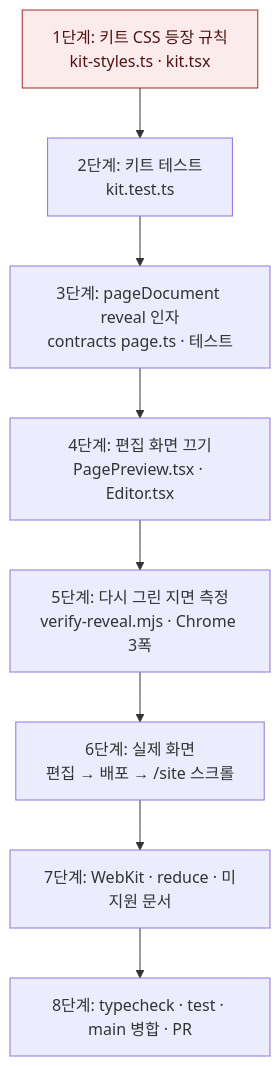
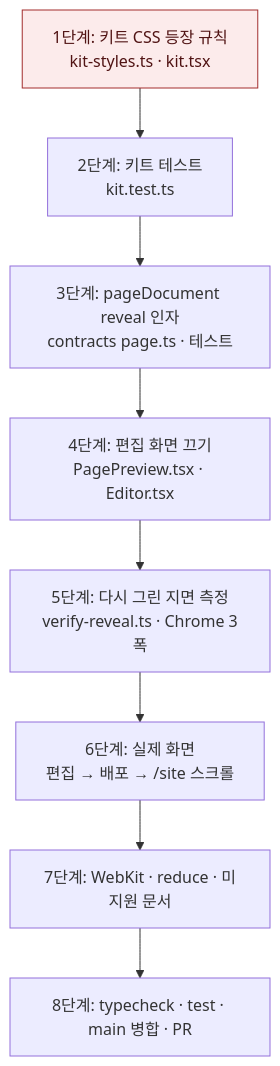
Before and after one commit to Expresso-Organization/expresso: the diagram in .intent/plan_portfolio-scroll-reveal.md, drawn with Mermaid. The commit also changed other lines of this file and 1 other file, not shown here.

````diff
--- a/.intent/plan_portfolio-scroll-reveal.md
+++ b/.intent/plan_portfolio-scroll-reveal.md
@@ -37,11 +37,11 @@
 ```mermaid
 flowchart TD
   A["1단계: 키트 CSS 등장 규칙<br/>kit-styles.ts · kit.tsx"]:::risk --> B["2단계: 키트 테스트<br/>kit.test.ts"]
   B --> C["3단계: pageDocument reveal 인자<br/>contracts page.ts · 테스트"]
   C --> D["4단계: 편집 화면 끄기<br/>PagePreview.tsx · Editor.tsx"]
-  D --> E["5단계: 다시 그린 지면 측정<br/>verify-reveal.mjs · Chrome 3폭"]
+  D --> E["5단계: 다시 그린 지면 측정<br/>verify-reveal.ts · Chrome 3폭"]
   E --> F["6단계: 실제 화면<br/>편집 → 배포 → /site 스크롤"]
   F --> G["7단계: WebKit · reduce · 미지원 문서"]
   G --> H["8단계: typecheck · test · main 병합 · PR"]
   classDef risk fill:#FCEBEB,stroke:#A32D2D,color:#501313
 ```
````
